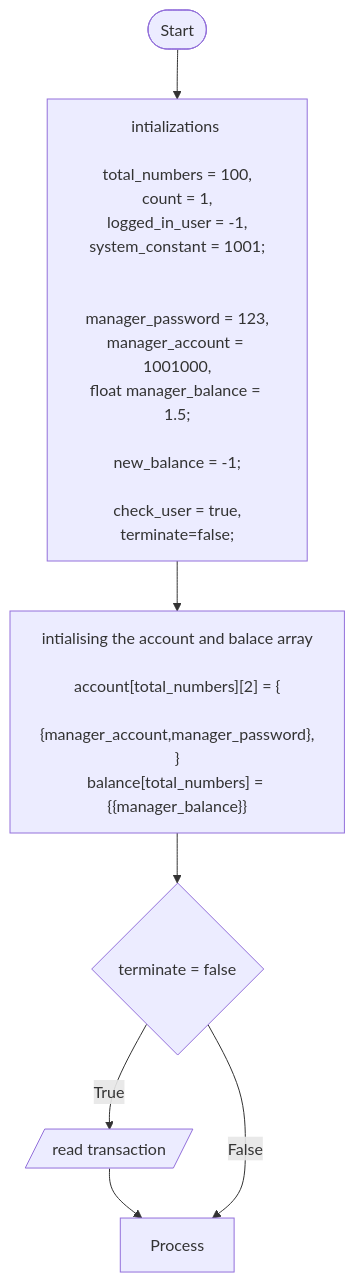
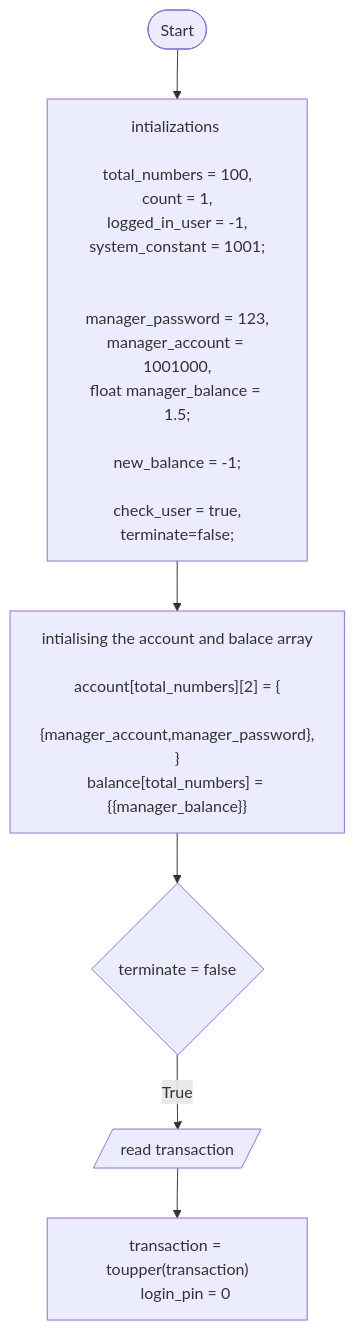
The first of 2 diagrams in FoP I/flowchart.md (Ludis-ET/Bank-Account), drawn with Mermaid before and after one commit. The commit also changed other lines of this file, not shown here.

Commit message:
edit the chart

````diff
--- a/FoP I/flowchart.md
+++ b/FoP I/flowchart.md
@@ -1,45 +1,45 @@
 ```mermaid
     flowchart TD;
     A([Start])-->B["
     intializations 
 
     total_numbers = 100,
     count = 1,
     logged_in_user = -1,
     system_constant = 1001;
 
 
     manager_password = 123,
     manager_account = 1001000,
     float manager_balance = 1.5;
     
     new_balance = -1;
 
     check_user = true,
     terminate=false;
     
     "];
 
 
     B-->C["
     
     intialising the account and balace array
 
     account[total_numbers][2] = {
         {manager_account,manager_password},
     }
     balance[total_numbers] = {{manager_balance}}
 
     "];
 
 
     C-->D{terminate = false}
     D -->|True| E[/read transaction/]
     E -->F["
         transaction = toupper(transaction)
         login_pin = 0
     "]
 
 
-    D -->|False| F[Process]
+    
 ```
````
